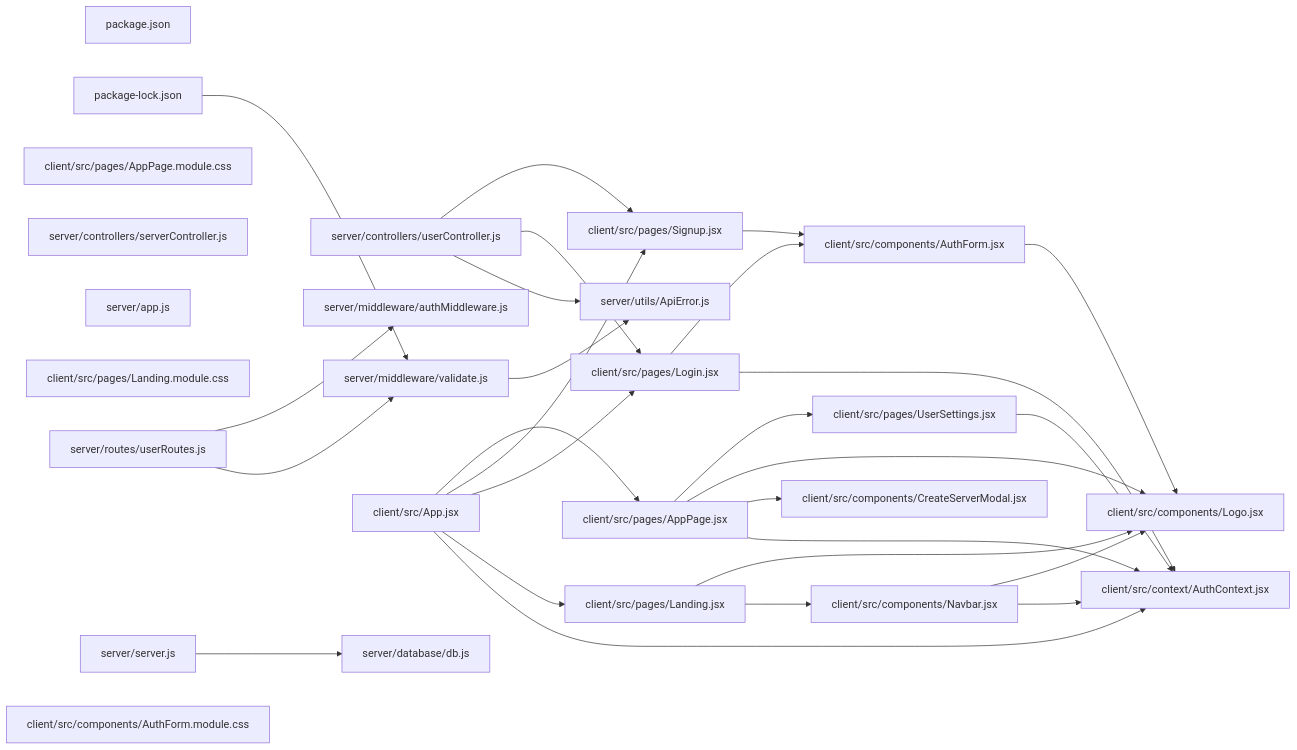
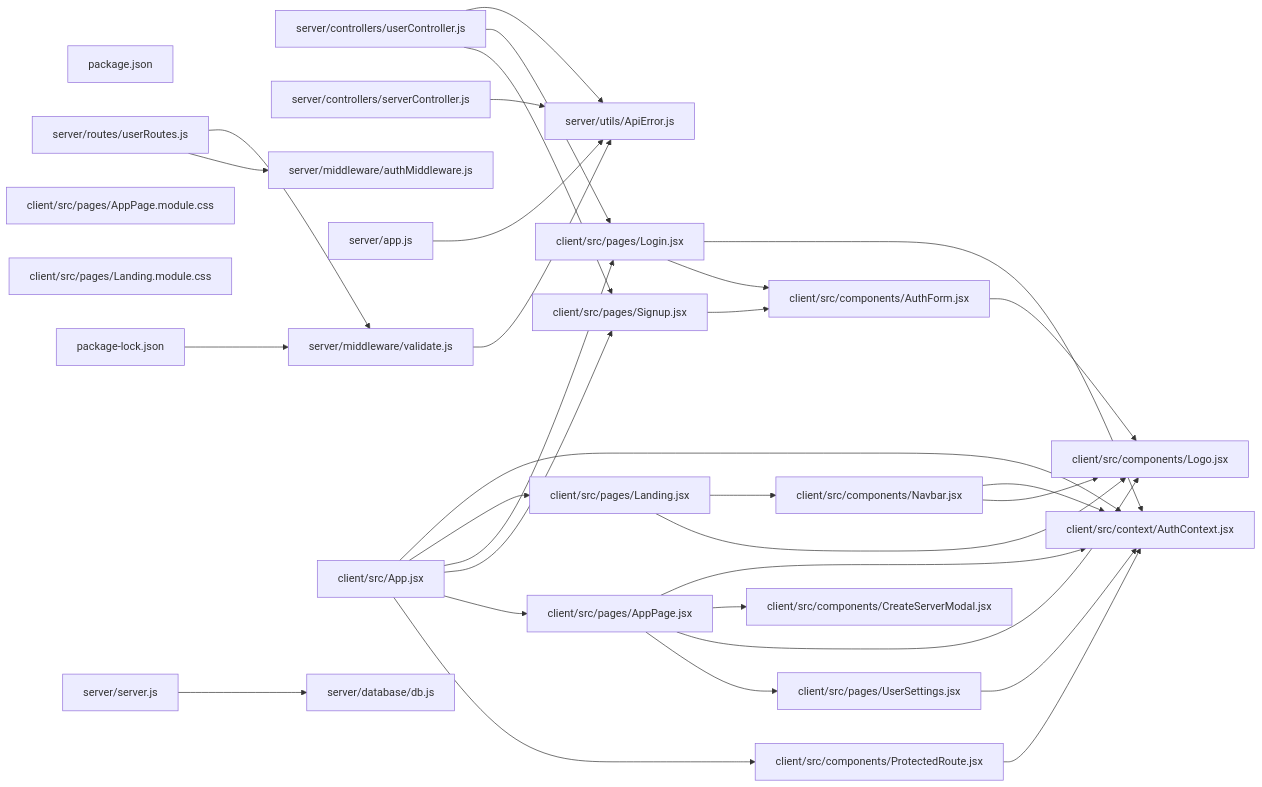
The diagram in CONTEXT.md (MasterXCoder/LinkSphere), drawn with Mermaid before and after one commit. The commit also changed other lines of this file and 11 other files, not shown here.

````diff
--- a/CONTEXT.md
+++ b/CONTEXT.md
@@ -227,54 +220,58 @@
 ```mermaid
 graph LR
     f0["client/src/context/AuthContext.jsx"]
     f1["client/src/pages/AppPage.jsx"]
-    f2["server/controllers/userController.js"]
-    f3["client/src/pages/UserSettings.jsx"]
-    f4["client/src/pages/Signup.jsx"]
-    f5["package.json"]
-    f6["package-lock.json"]
-    f7["client/src/pages/Login.jsx"]
-    f8["client/src/pages/Landing.jsx"]
-    f9["client/src/components/AuthForm.jsx"]
-    f10["client/src/pages/AppPage.module.css"]
-    f11["server/controllers/serverController.js"]
-    f12["server/app.js"]
-    f13["client/src/components/Navbar.jsx"]
-    f14["server/middleware/authMiddleware.js"]
-    f15["server/middleware/validate.js"]
-    f16["client/src/App.jsx"]
-    f17["client/src/pages/Landing.module.css"]
-    f18["client/src/components/CreateServerModal.jsx"]
-    f19["server/server.js"]
-    f20["server/utils/ApiError.js"]
-    f21["client/src/components/Logo.jsx"]
+    f2["client/src/pages/UserSettings.jsx"]
+    f3["server/controllers/userController.js"]
+    f4["client/src/components/CreateServerModal.jsx"]
+    f5["client/src/pages/Signup.jsx"]
+    f6["package.json"]
+    f7["package-lock.json"]
+    f8["client/src/pages/Login.jsx"]
+    f9["client/src/pages/Landing.jsx"]
+    f10["client/src/components/AuthForm.jsx"]
+    f11["server/utils/ApiError.js"]
+    f12["client/src/pages/AppPage.module.css"]
+    f13["server/controllers/serverController.js"]
+    f14["server/middleware/validate.js"]
+    f15["client/src/components/Navbar.jsx"]
+    f16["server/app.js"]
+    f17["server/middleware/authMiddleware.js"]
+    f18["client/src/components/Logo.jsx"]
+    f19["client/src/App.jsx"]
+    f20["client/src/pages/Landing.module.css"]
+    f21["server/server.js"]
     f22["server/routes/userRoutes.js"]
     f23["server/database/db.js"]
-    f24["client/src/components/AuthForm.module.css"]
-    f1 --> f3
-    f1 --> f21
+    f24["client/src/components/ProtectedRoute.jsx"]
+    f1 --> f2
     f1 --> f18
+    f1 --> f4
     f1 --> f0
-    f2 --> f4
-    f2 --> f7
-    f2 --> f20
-    f3 --> f0
-    f4 --> f9
-    f6 --> f15
-    f7 --> f9
-    f7 --> f0
-    f8 --> f21
-    f8 --> f13
-    f9 --> f21
-    f13 --> f21
-    f13 --> f0
-    f15 --> f20
-    f16 --> f1
-    f16 --> f4
-    f16 --> f7
-    f16 --> f8
-    f16 --> f0
-    f19 --> f23
+    f2 --> f0
+    f3 --> f5
+    f3 --> f8
+    f3 --> f11
+    f5 --> f10
+    f7 --> f14
+    f8 --> f10
+    f8 --> f0
+    f9 --> f18
+    f9 --> f15
+    f10 --> f18
+    f13 --> f11
+    f14 --> f11
+    f15 --> f18
+    f15 --> f0
+    f16 --> f11
+    f19 --> f24
+    f19 --> f1
+    f19 --> f5
+    f19 --> f8
+    f19 --> f9
+    f19 --> f0
+    f21 --> f23
+    f22 --> f17
     f22 --> f14
-    f22 --> f15
+    f24 --> f0
 ```
````
